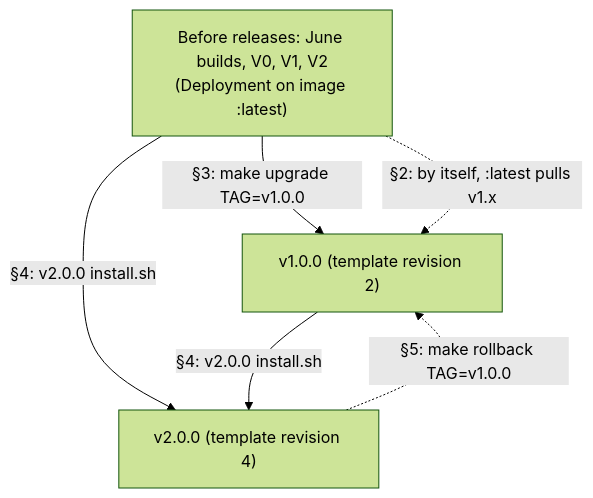
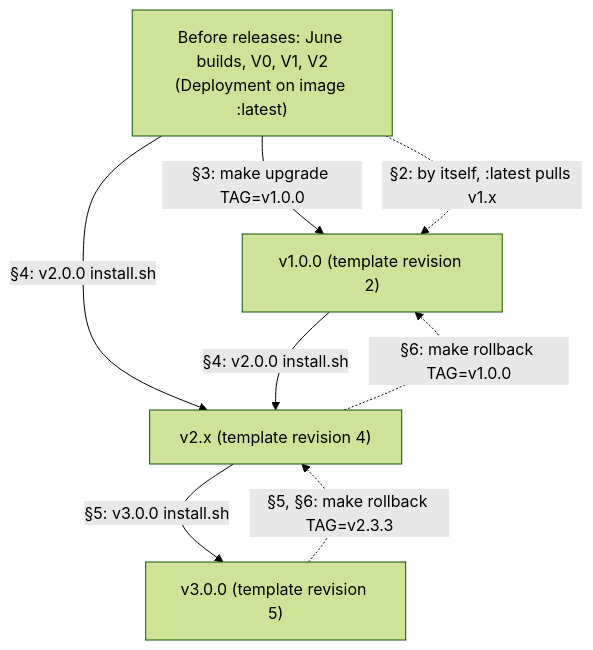
Before and after one commit to DaoDaoNoCode/rhoai-nightly-updater: the first of 2 diagrams in docs/UPGRADING.md, drawn with Mermaid (forest theme). The commit also changed other lines of this file, not shown here.

````diff
--- a/docs/UPGRADING.md
+++ b/docs/UPGRADING.md
@@ -55,11 +56,14 @@
 ```mermaid
 flowchart TD
   pre["Before releases: June builds, V0, V1, V2<br>(Deployment on image :latest)"]
   v1["v1.0.0 (template revision 2)"]
-  v2["v2.0.0 (template revision 4)"]
+  v2["v2.x (template revision 4)"]
+  v3["v3.0.0 (template revision 5)"]
   pre -->|"§3: make upgrade TAG=v1.0.0"| v1
   pre -->|"§4: v2.0.0 install.sh"| v2
   v1 -->|"§4: v2.0.0 install.sh"| v2
-  v2 -.->|"§5: make rollback TAG=v1.0.0"| v1
+  v2 -->|"§5: v3.0.0 install.sh"| v3
+  v2 -.->|"§6: make rollback TAG=v1.0.0"| v1
+  v3 -.->|"§5, §6: make rollback TAG=v2.3.3"| v2
   pre -.->|"§2: by itself, :latest pulls v1.x"| v1
 ```
````
